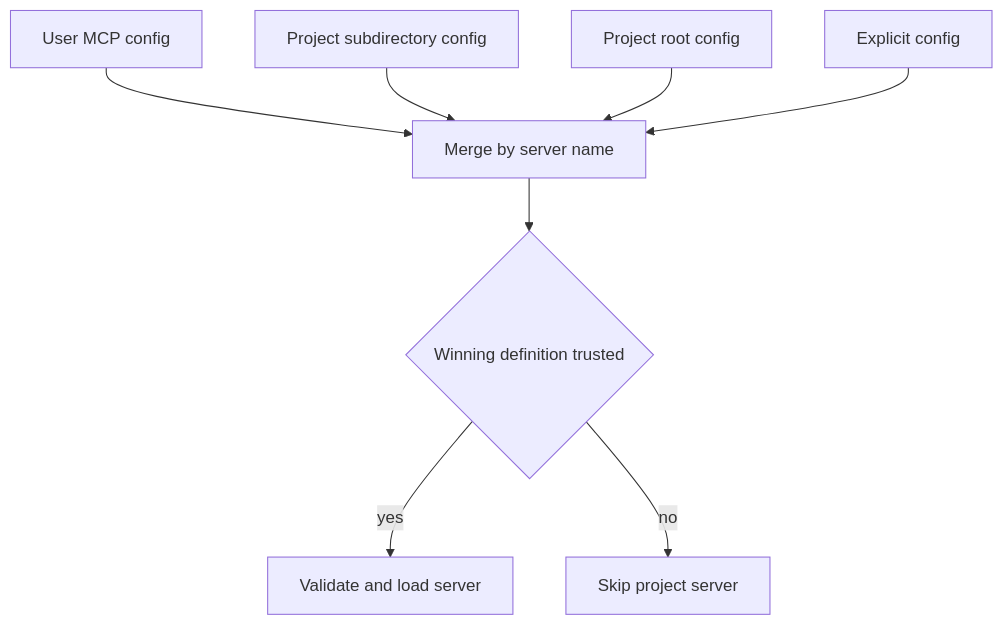
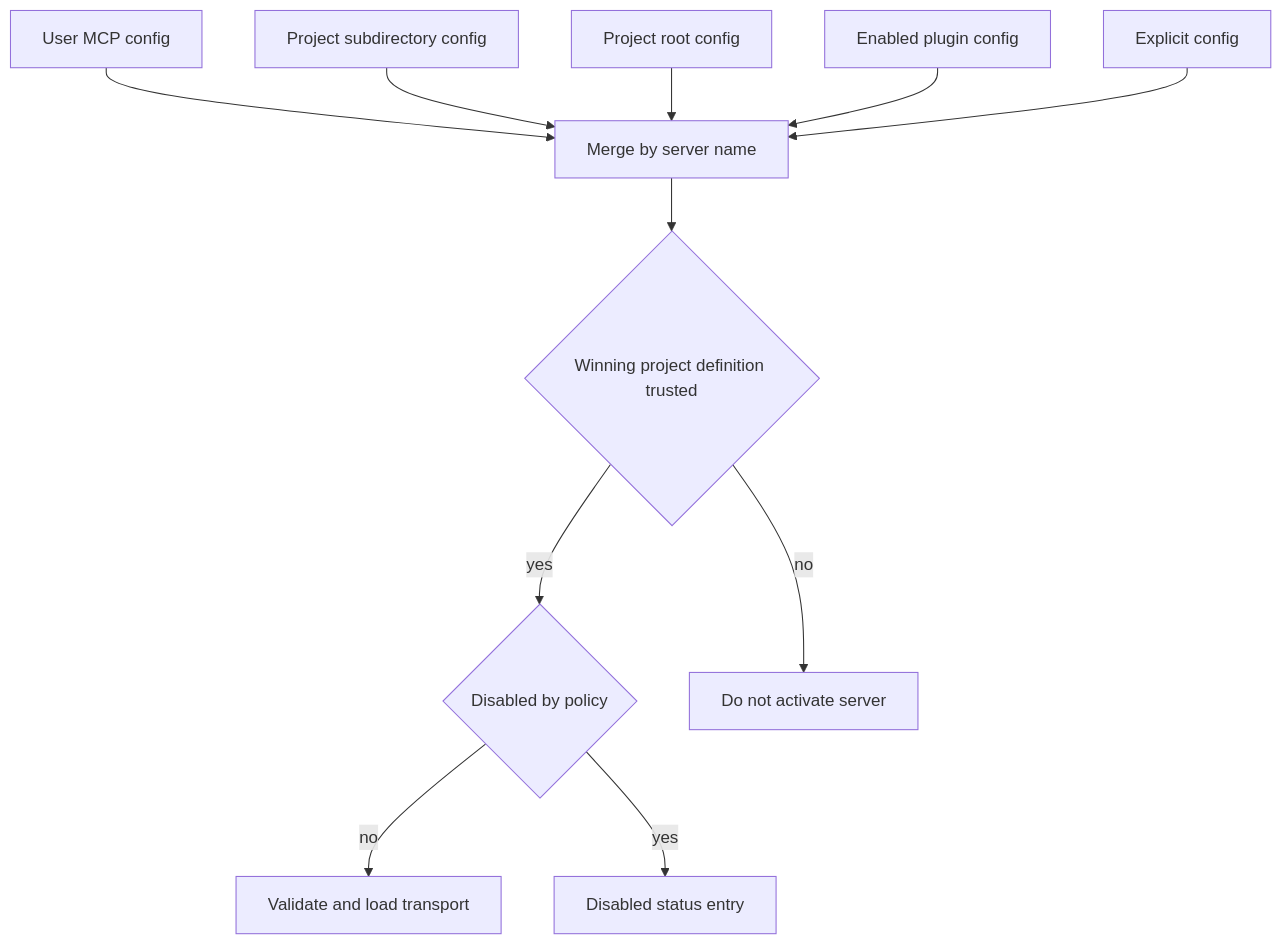
Before and after one commit to langchain-ai/deepagents: the first of 2 diagrams in openwiki/integrations/mcp.md, drawn with Mermaid. The commit also changed other lines of this file and 55 other files, not shown here.

````diff
--- a/openwiki/integrations/mcp.md
+++ b/openwiki/integrations/mcp.md
@@ -36,10 +51,13 @@
 ```mermaid
 flowchart TD
-    U["User MCP config"] --> M["Merge by server name"]
-    P1["Project subdirectory config"] --> M
-    P2["Project root config"] --> M
-    X["Explicit config"] --> M
-    M --> T{"Winning definition trusted"}
-    T -->|"yes"| L["Validate and load server"]
-    T -->|"no"| S["Skip project server"]
+    User["User MCP config"] --> Merge["Merge by server name"]
+    Subdir["Project subdirectory config"] --> Merge
+    Root["Project root config"] --> Merge
+    Plugin["Enabled plugin config"] --> Merge
+    Explicit["Explicit config"] --> Merge
+    Merge --> ProjectTrust{"Winning project definition trusted"}
+    ProjectTrust -->|"yes"| Disabled{"Disabled by policy"}
+    ProjectTrust -->|"no"| Skip["Do not activate server"]
+    Disabled -->|"no"| Load["Validate and load transport"]
+    Disabled -->|"yes"| Visible["Disabled status entry"]
 ```
````
